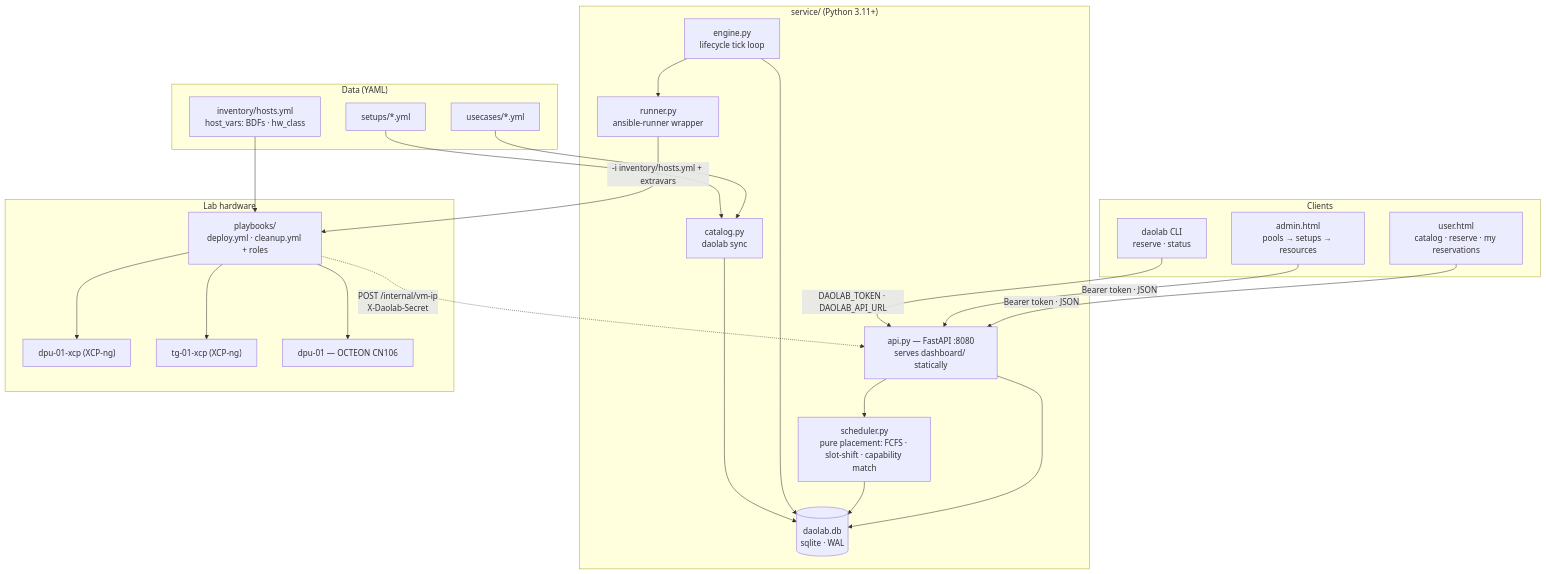
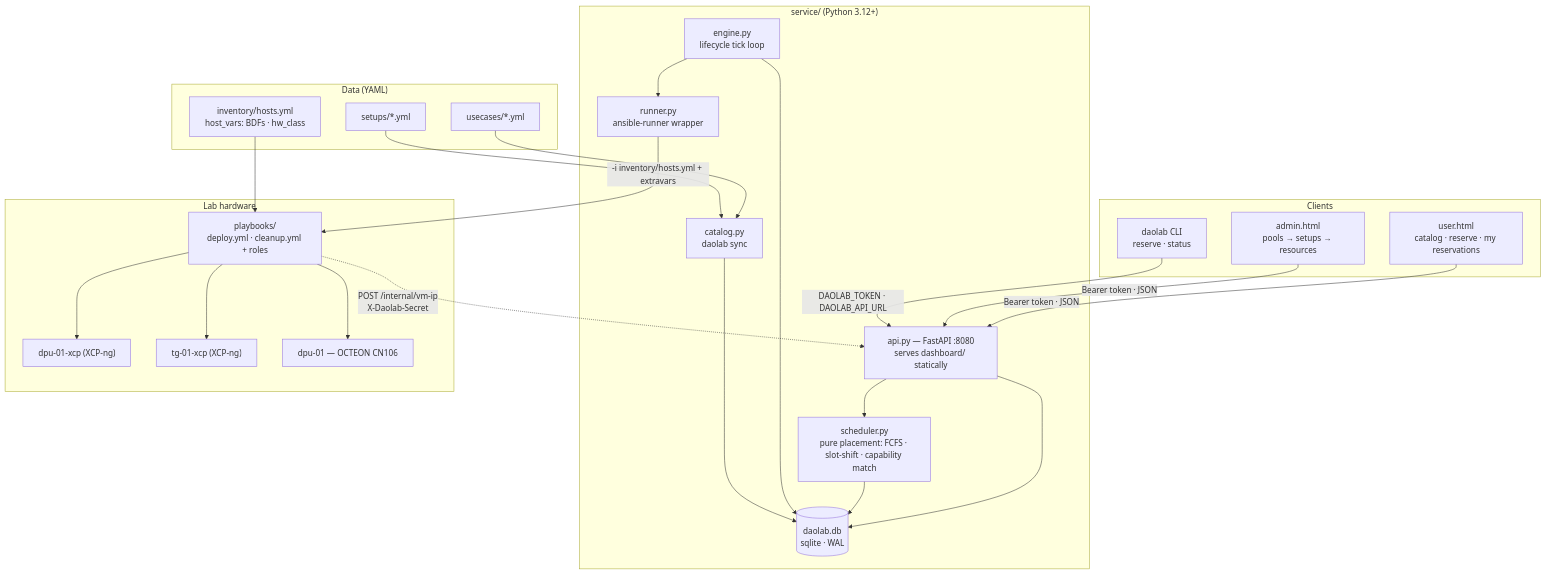
The diagram in plan/README.md (hrushikesh-sam/dao-lab-selfserve), drawn with Mermaid before and after one commit. The commit also changed other lines of this file and 3 other files, not shown here.

````diff
--- a/plan/README.md
+++ b/plan/README.md
@@ -57,48 +57,48 @@
 ```mermaid
 graph TD
     subgraph clients["Clients"]
         UH["user.html<br/>catalog · reserve · my reservations"]
         AH["admin.html<br/>pools → setups → resources"]
         CLI["daolab CLI<br/>reserve · status"]
     end
 
-    subgraph svc["service/ (Python 3.11+)"]
+    subgraph svc["service/ (Python 3.12+)"]
         API["api.py — FastAPI :8080<br/>serves dashboard/ statically"]
         SCH["scheduler.py<br/>pure placement: FCFS · slot-shift · capability match"]
         ENG["engine.py<br/>lifecycle tick loop"]
         RUN["runner.py<br/>ansible-runner wrapper"]
         CAT["catalog.py<br/>daolab sync"]
         DB[("daolab.db<br/>sqlite · WAL")]
     end
 
     subgraph data["Data (YAML)"]
         UC["usecases/*.yml"]
         SU["setups/*.yml"]
         INV["inventory/hosts.yml<br/>host_vars: BDFs · hw_class"]
     end
 
     subgraph lab["Lab hardware"]
         PB["playbooks/<br/>deploy.yml · cleanup.yml + roles"]
         DX["dpu-01-xcp (XCP-ng)"]
         TX["tg-01-xcp (XCP-ng)"]
         OC["dpu-01 — OCTEON CN106"]
     end
 
     UH -->|"Bearer token · JSON"| API
     AH -->|"Bearer token · JSON"| API
     CLI -->|"DAOLAB_TOKEN · DAOLAB_API_URL"| API
     API --> SCH
     API --> DB
     SCH --> DB
     ENG --> DB
     ENG --> RUN
     UC --> CAT
     SU --> CAT
     CAT --> DB
     RUN -->|"-i inventory/hosts.yml + extravars"| PB
     INV --> PB
     PB --> DX
     PB --> TX
     PB --> OC
     PB -.->|"POST /internal/vm-ip<br/>X-Daolab-Secret"| API
 ```
````
